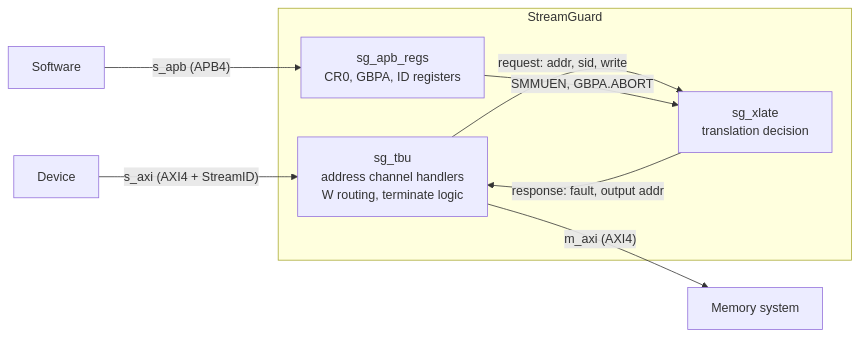
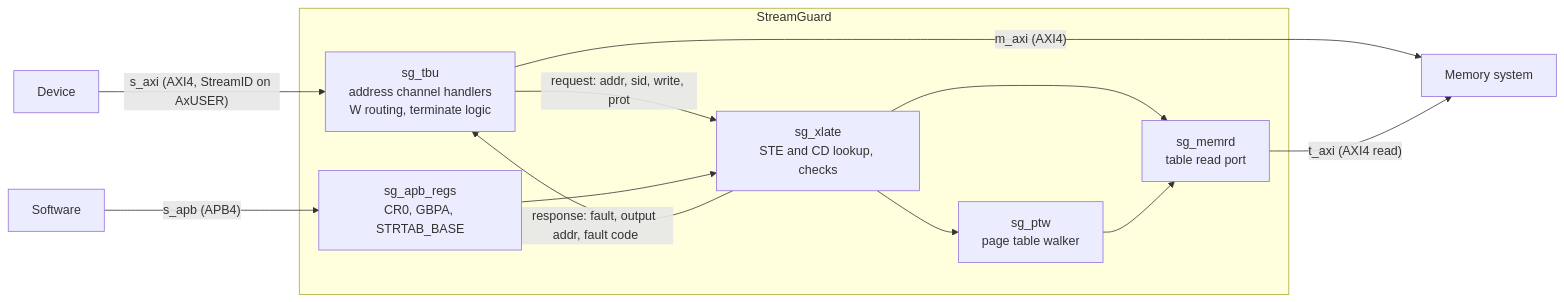
The first of 2 diagrams in docs/architecture.md (morom46/streamguard), drawn with Mermaid before and after one commit. The commit also changed other lines of this file and 2 other files, not shown here.

````diff
--- a/docs/architecture.md
+++ b/docs/architecture.md
@@ -19,14 +19,20 @@
 ```mermaid
 flowchart LR
-    DEV[Device] -- "s_axi (AXI4 + StreamID)" --> TBU
+    DEV[Device] -- "s_axi (AXI4, StreamID on AxUSER)" --> TBU
     subgraph StreamGuard
         TBU["sg_tbu<br/>address channel handlers<br/>W routing, terminate logic"]
-        XL["sg_xlate<br/>translation decision"]
-        REGS["sg_apb_regs<br/>CR0, GBPA, ID registers"]
-        TBU -- "request: addr, sid, write" --> XL
-        XL -- "response: fault, output addr" --> TBU
-        REGS -- "SMMUEN, GBPA.ABORT" --> XL
+        XL["sg_xlate<br/>STE and CD lookup, checks"]
+        PTW["sg_ptw<br/>page table walker"]
+        MR["sg_memrd<br/>table read port"]
+        REGS["sg_apb_regs<br/>CR0, GBPA, STRTAB_BASE"]
+        TBU -- "request: addr, sid, write, prot" --> XL
+        XL -- "response: fault, output addr, fault code" --> TBU
+        XL --> PTW
+        XL --> MR
+        PTW --> MR
+        REGS --> XL
     end
     TBU -- "m_axi (AXI4)" --> MEM[Memory system]
+    MR -- "t_axi (AXI4 read)" --> MEM
     SW[Software] -- "s_apb (APB4)" --> REGS
 ```
````
